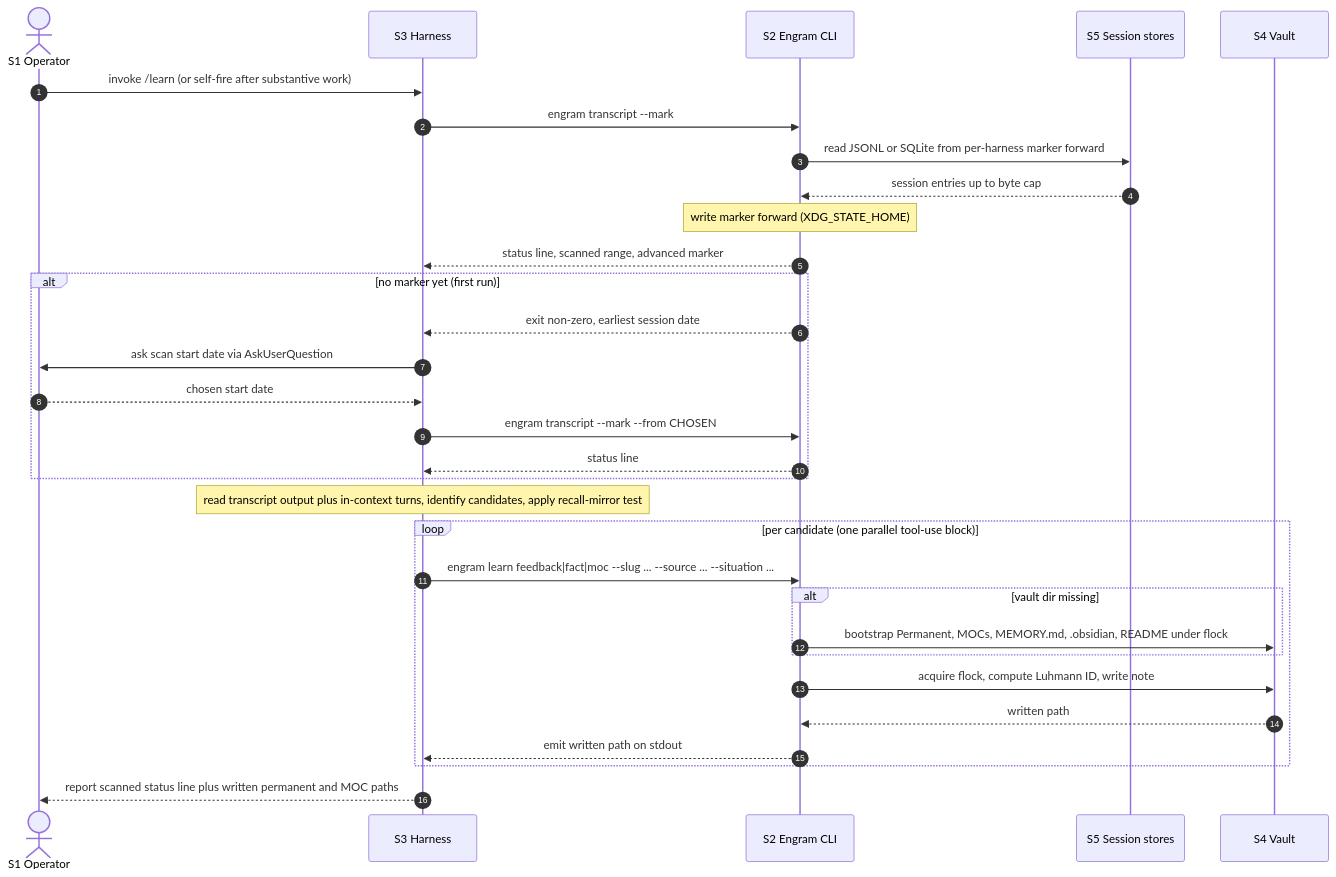
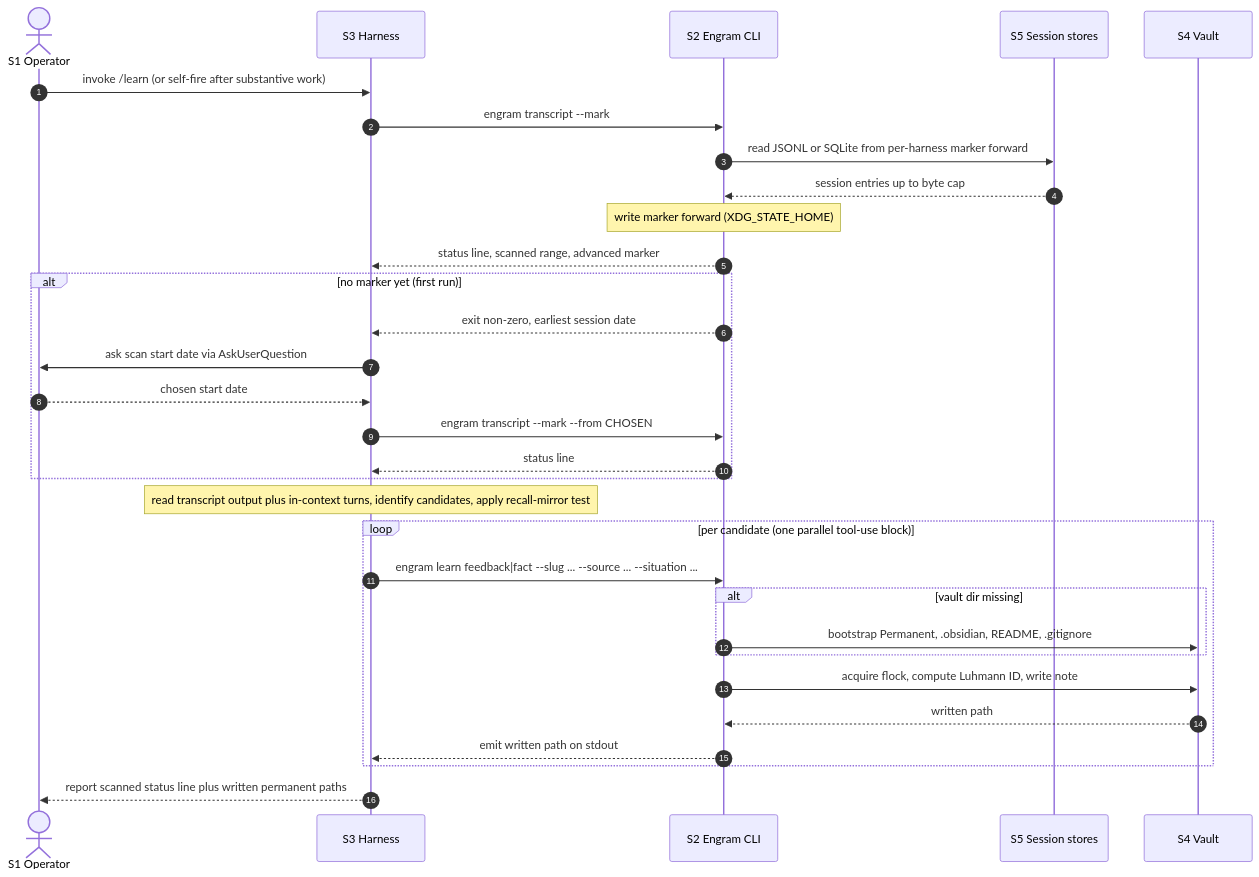
The third of 5 diagrams in docs/architecture/c1-system-context.md (toejough/engram), drawn with Mermaid before and after one commit. The commit also changed other lines of this file and 3 other files, not shown here.

First line of the commit message:
refactor: drop MOCs/ from vault bootstrap; sync L1 diagram

````diff
--- a/docs/architecture/c1-system-context.md
+++ b/docs/architecture/c1-system-context.md
@@ -124,39 +124,39 @@
 ```mermaid
 sequenceDiagram
     autonumber
     actor Op as S1 Operator
     participant H as S3 Harness
     participant E as S2 Engram CLI
     participant Tr as S5 Session stores
     participant V as S4 Vault
 
     Op->>H: invoke /learn (or self-fire after substantive work)
 
     H->>E: engram transcript --mark
     E->>Tr: read JSONL or SQLite from per-harness marker forward
     Tr-->>E: session entries up to byte cap
     Note over E: write marker forward (XDG_STATE_HOME)
     E-->>H: status line, scanned range, advanced marker
 
     alt no marker yet (first run)
         E-->>H: exit non-zero, earliest session date
         H->>Op: ask scan start date via AskUserQuestion
         Op-->>H: chosen start date
         H->>E: engram transcript --mark --from CHOSEN
         E-->>H: status line
     end
 
     Note over H: read transcript output plus in-context turns, identify candidates, apply recall-mirror test
 
     loop per candidate (one parallel tool-use block)
-        H->>E: engram learn feedback|fact|moc --slug ... --source ... --situation ...
+        H->>E: engram learn feedback|fact --slug ... --source ... --situation ...
         alt vault dir missing
-            E->>V: bootstrap Permanent, MOCs, MEMORY.md, .obsidian, README under flock
+            E->>V: bootstrap Permanent, .obsidian, README, .gitignore
         end
         E->>V: acquire flock, compute Luhmann ID, write note
         V-->>E: written path
         E-->>H: emit written path on stdout
     end
 
-    H-->>Op: report scanned status line plus written permanent and MOC paths
+    H-->>Op: report scanned status line plus written permanent paths
 ```
````
